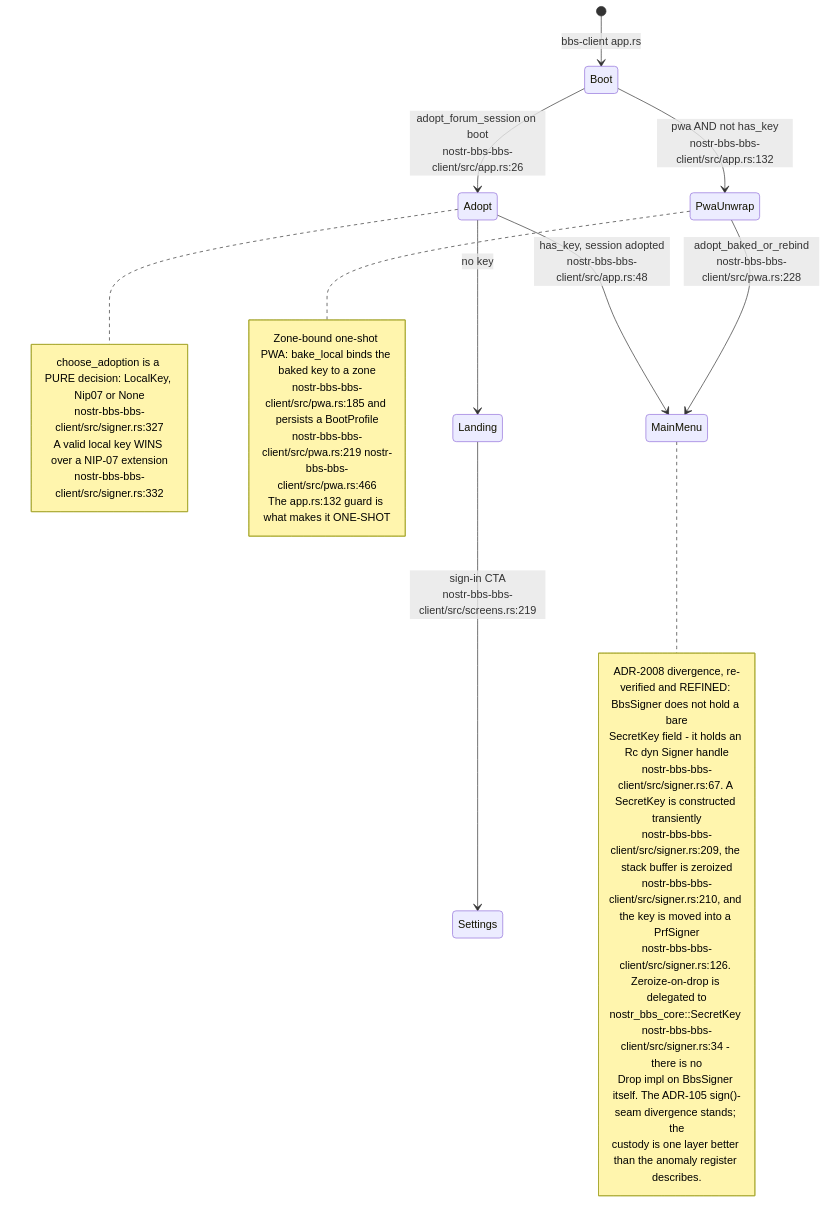
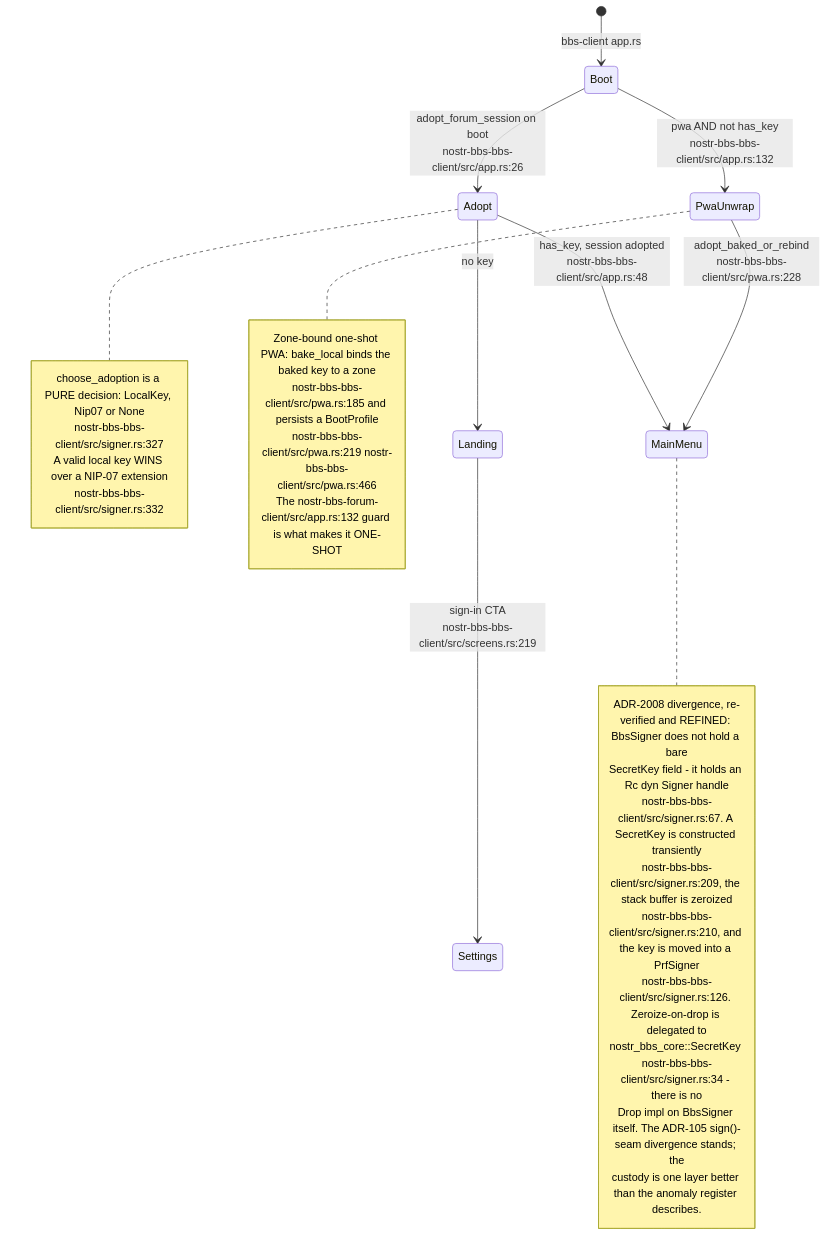
Before and after one commit to DreamLab-AI/VisionFlow: diagram 11 of 12 in docs/diagrams/nostr-rust-forum/05-leptos-clients-onboarding-messaging-governance.md, drawn with Mermaid. The commit also changed other lines of this file and 185 other files, not shown here.

Commit message:
docs(estate): reconcile diagrams and ADRs with source and define closeout sprint

````diff
--- a/docs/diagrams/nostr-rust-forum/05-leptos-clients-onboarding-messaging-governance.md
+++ b/docs/diagrams/nostr-rust-forum/05-leptos-clients-onboarding-messaging-governance.md
@@ -309,34 +313,34 @@
 ```mermaid
 stateDiagram-v2
     [*] --> Boot: bbs-client app.rs
     Boot --> Adopt: adopt_forum_session on boot<br/>nostr-bbs-bbs-client/src/app.rs:26
     Adopt --> MainMenu: has_key, session adopted<br/>nostr-bbs-bbs-client/src/app.rs:48
     Adopt --> Landing: no key
     Boot --> PwaUnwrap: pwa AND not has_key<br/>nostr-bbs-bbs-client/src/app.rs:132
     PwaUnwrap --> MainMenu: adopt_baked_or_rebind<br/>nostr-bbs-bbs-client/src/pwa.rs:228
     Landing --> Settings: sign-in CTA<br/>nostr-bbs-bbs-client/src/screens.rs:219
 
     note right of Adopt
         choose_adoption is a PURE decision: LocalKey, Nip07 or None
         nostr-bbs-bbs-client/src/signer.rs:327
         A valid local key WINS over a NIP-07 extension
         nostr-bbs-bbs-client/src/signer.rs:332
     end note
     note right of PwaUnwrap
         Zone-bound one-shot PWA: bake_local binds the baked key to a zone
         nostr-bbs-bbs-client/src/pwa.rs:185 and persists a BootProfile
         nostr-bbs-bbs-client/src/pwa.rs:219 nostr-bbs-bbs-client/src/pwa.rs:466
-        The app.rs:132 guard is what makes it ONE-SHOT
+        The nostr-bbs-forum-client/src/app.rs:132 guard is what makes it ONE-SHOT
     end note
     note right of MainMenu
         ADR-2008 divergence, re-verified and REFINED: BbsSigner does not hold a bare
         SecretKey field - it holds an Rc dyn Signer handle
         nostr-bbs-bbs-client/src/signer.rs:67. A SecretKey is constructed transiently
         nostr-bbs-bbs-client/src/signer.rs:209, the stack buffer is zeroized
         nostr-bbs-bbs-client/src/signer.rs:210, and the key is moved into a PrfSigner
         nostr-bbs-bbs-client/src/signer.rs:126. Zeroize-on-drop is delegated to
         nostr_bbs_core::SecretKey nostr-bbs-bbs-client/src/signer.rs:34 - there is no
         Drop impl on BbsSigner itself. The ADR-105 sign()-seam divergence stands; the
         custody is one layer better than the anomaly register describes.
     end note
 ```
````
